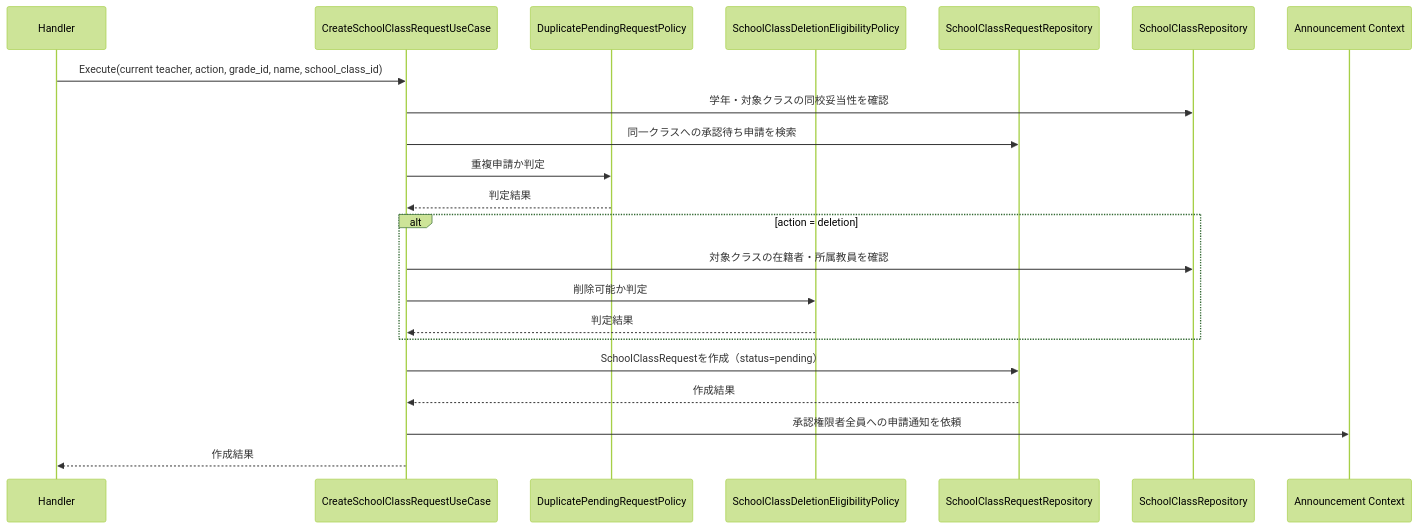
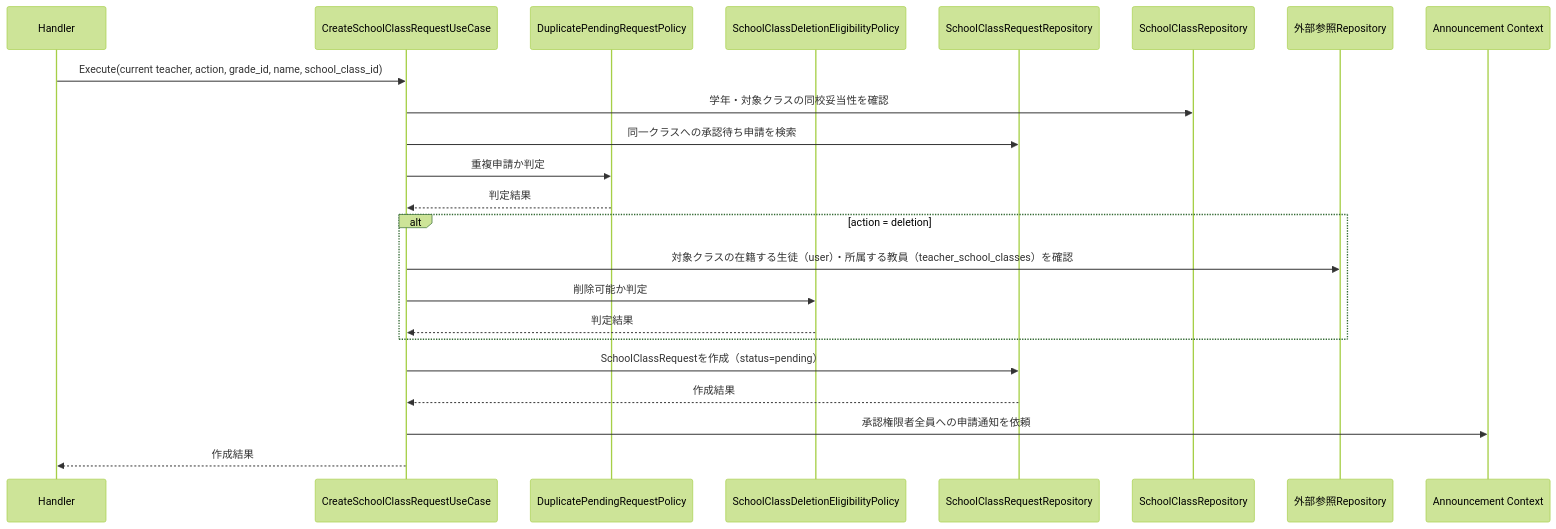
One commit to yuta20253/edu-platform-go-design changed the third of 5 diagrams in 計画書/GO移行・設計仕様書/クラス編成機能_Go移行・設計仕様書.md. Above: the diagram before and after it, drawn with Mermaid (forest theme). The commit also changed other lines of this file and 28 other files, not shown here.

````diff
--- a/計画書/GO移行・設計仕様書/クラス編成機能_Go移行・設計仕様書.md
+++ b/計画書/GO移行・設計仕様書/クラス編成機能_Go移行・設計仕様書.md
@@ -385,25 +386,26 @@
 ```mermaid
 sequenceDiagram
     participant H as Handler
     participant U as CreateSchoolClassRequestUseCase
     participant DP as DuplicatePendingRequestPolicy
     participant DEP as SchoolClassDeletionEligibilityPolicy
     participant CR as SchoolClassRequestRepository
     participant SR as SchoolClassRepository
+    participant XR as 外部参照Repository
     participant AC as Announcement Context
 
     H->>U: Execute(current teacher, action, grade_id, name, school_class_id)
     U->>SR: 学年・対象クラスの同校妥当性を確認
     U->>CR: 同一クラスへの承認待ち申請を検索
     U->>DP: 重複申請か判定
     DP-->>U: 判定結果
     alt action = deletion
-        U->>SR: 対象クラスの在籍者・所属教員を確認
+        U->>XR: 対象クラスの在籍する生徒（user）・所属する教員（teacher_school_classes）を確認
         U->>DEP: 削除可能か判定
         DEP-->>U: 判定結果
     end
     U->>CR: SchoolClassRequestを作成（status=pending）
     CR-->>U: 作成結果
     U->>AC: 承認権限者全員への申請通知を依頼
     U-->>H: 作成結果
 ```
````
